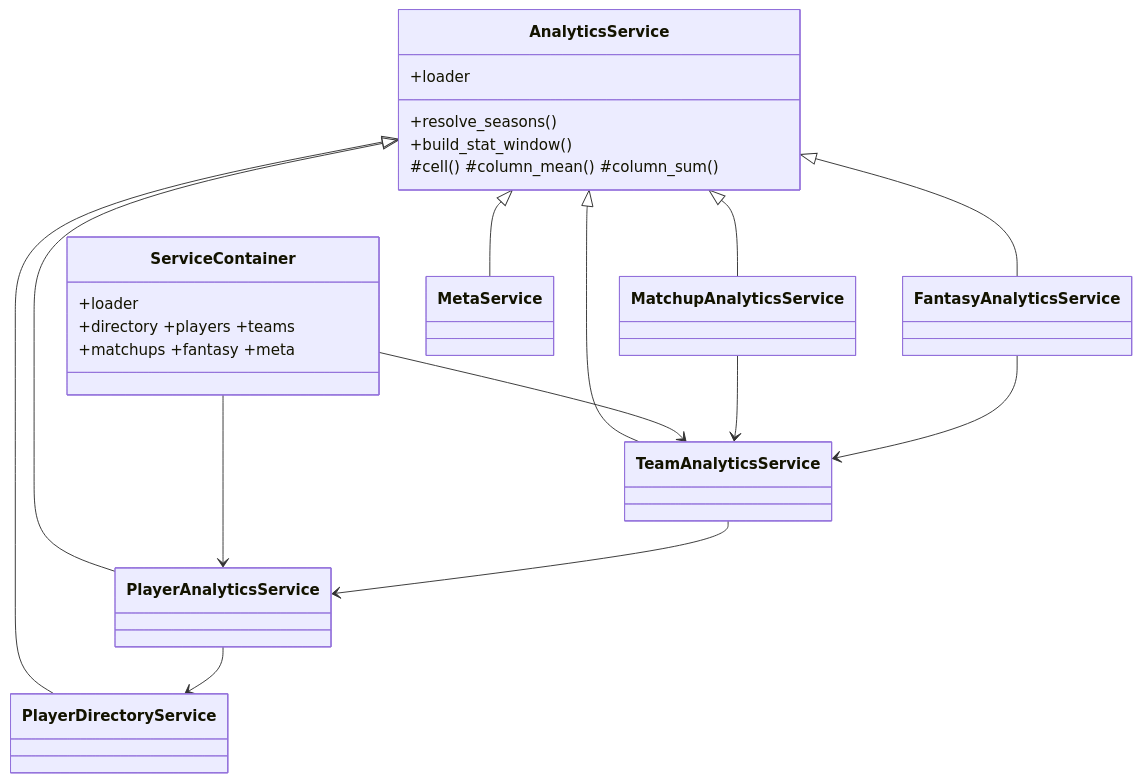
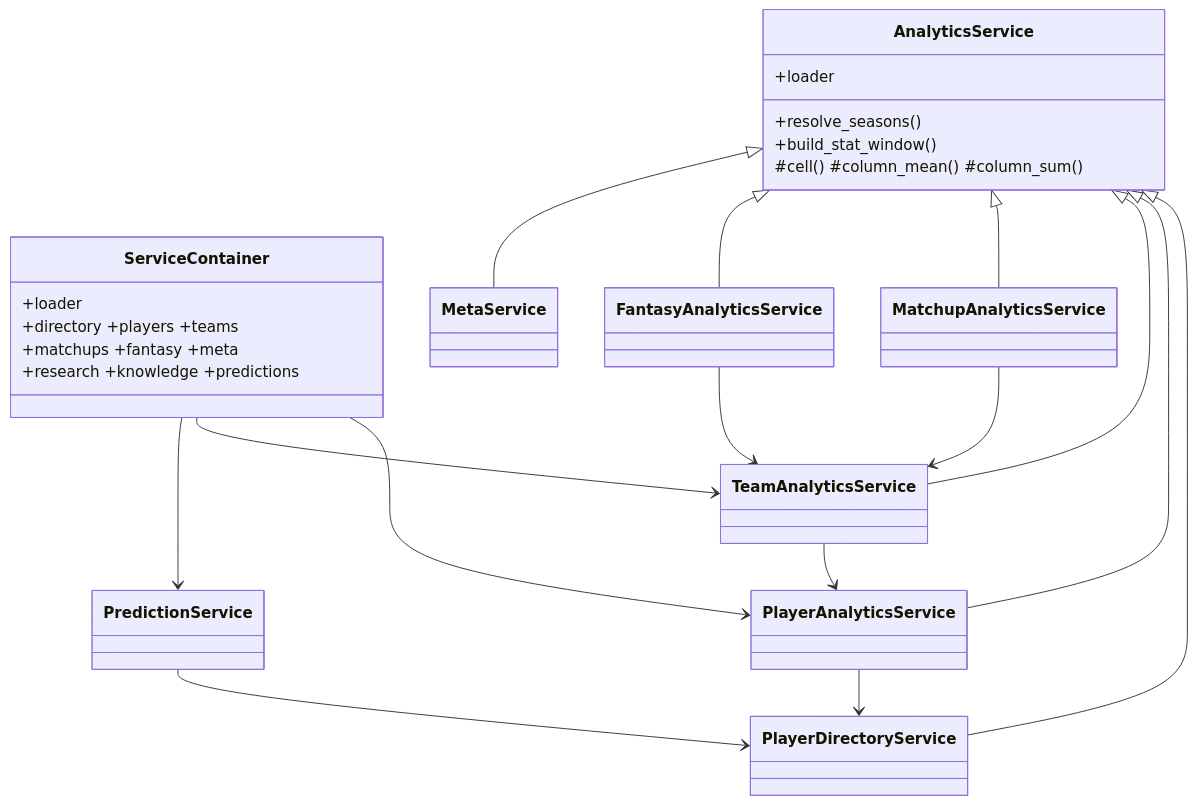
One commit to dcoelho045/NFL-Intelligence-Platform changed the second of 2 diagrams in docs/architecture.md. Above: the diagram before and after it, drawn with Mermaid. The commit also changed other lines of this file and 87 other files, not shown here.

````diff
--- a/docs/architecture.md
+++ b/docs/architecture.md
@@ -126,26 +148,29 @@
 ```mermaid
 classDiagram
     class AnalyticsService {
         +loader
         +resolve_seasons()
         +build_stat_window()
         #cell() #column_mean() #column_sum()
     }
     class ServiceContainer {
         +loader
         +directory +players +teams
         +matchups +fantasy +meta
+        +research +knowledge +predictions
     }
     AnalyticsService <|-- PlayerDirectoryService
     AnalyticsService <|-- PlayerAnalyticsService
     AnalyticsService <|-- TeamAnalyticsService
     AnalyticsService <|-- MatchupAnalyticsService
     AnalyticsService <|-- FantasyAnalyticsService
     AnalyticsService <|-- MetaService
     ServiceContainer --> PlayerAnalyticsService
     ServiceContainer --> TeamAnalyticsService
+    ServiceContainer --> PredictionService
     PlayerAnalyticsService --> PlayerDirectoryService
     TeamAnalyticsService --> PlayerAnalyticsService
     MatchupAnalyticsService --> TeamAnalyticsService
     FantasyAnalyticsService --> TeamAnalyticsService
+    PredictionService --> PlayerDirectoryService
 ```
````
